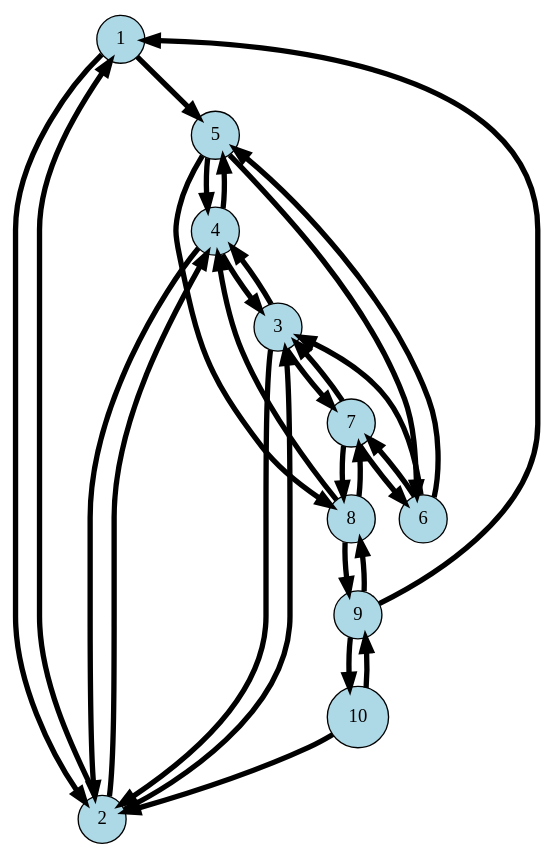
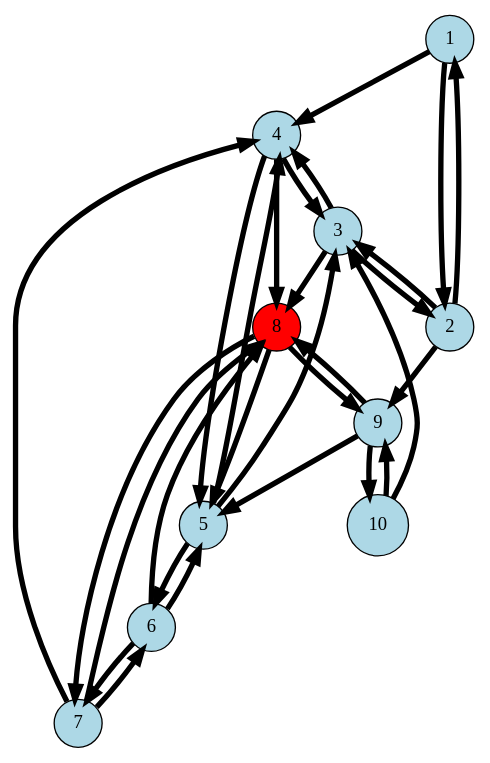
The diagram in graph/graph.dot (RafaelBrandaoBastos/ElixirGraph), drawn with Graphviz before and after one commit. The commit also changed 6 other files, not shown here.

```diff
--- a/graph/graph.dot
+++ b/graph/graph.dot
@@ -1,40 +1,40 @@
 digraph G {
 1 [label="1", fillcolor="lightblue", style="filled", shape="circle"];
-  1 -> 5[penwidth=4];
+  1 -> 4[penwidth=4];
   1 -> 2[penwidth=4];
   2 [label="2", fillcolor="lightblue", style="filled", shape="circle"];
-  2 -> 4[penwidth=4];
+  2 -> 9[penwidth=4];
   2 -> 3[penwidth=4];
   2 -> 1[penwidth=4];
   3 [label="3", fillcolor="lightblue", style="filled", shape="circle"];
-  3 -> 7[penwidth=4];
+  3 -> 8[penwidth=4];
   3 -> 4[penwidth=4];
   3 -> 2[penwidth=4];
   4 [label="4", fillcolor="lightblue", style="filled", shape="circle"];
-  4 -> 2[penwidth=4];
+  4 -> 8[penwidth=4];
   4 -> 5[penwidth=4];
   4 -> 3[penwidth=4];
   5 [label="5", fillcolor="lightblue", style="filled", shape="circle"];
-  5 -> 8[penwidth=4];
+  5 -> 3[penwidth=4];
   5 -> 6[penwidth=4];
   5 -> 4[penwidth=4];
   6 [label="6", fillcolor="lightblue", style="filled", shape="circle"];
-  6 -> 3[penwidth=4];
+  6 -> 8[penwidth=4];
   6 -> 7[penwidth=4];
   6 -> 5[penwidth=4];
   7 [label="7", fillcolor="lightblue", style="filled", shape="circle"];
-  7 -> 3[penwidth=4];
+  7 -> 4[penwidth=4];
   7 -> 8[penwidth=4];
   7 -> 6[penwidth=4];
-  8 [label="8", fillcolor="lightblue", style="filled", shape="circle"];
-  8 -> 4[penwidth=4];
+  8 [label="8", fillcolor="red", style="filled", shape="circle"];
+  8 -> 5[penwidth=4];
   8 -> 9[penwidth=4];
   8 -> 7[penwidth=4];
   9 [label="9", fillcolor="lightblue", style="filled", shape="circle"];
-  9 -> 1[penwidth=4];
+  9 -> 5[penwidth=4];
   9 -> 10[penwidth=4];
   9 -> 8[penwidth=4];
   10 [label="10", fillcolor="lightblue", style="filled", shape="circle"];
-  10 -> 2[penwidth=4];
+  10 -> 3[penwidth=4];
   10 -> 9[penwidth=4];
 }
```
